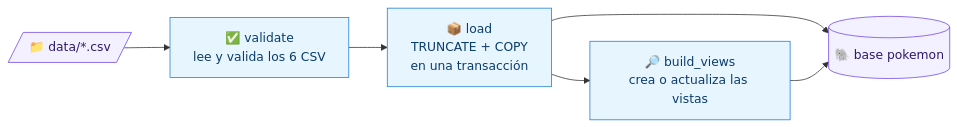
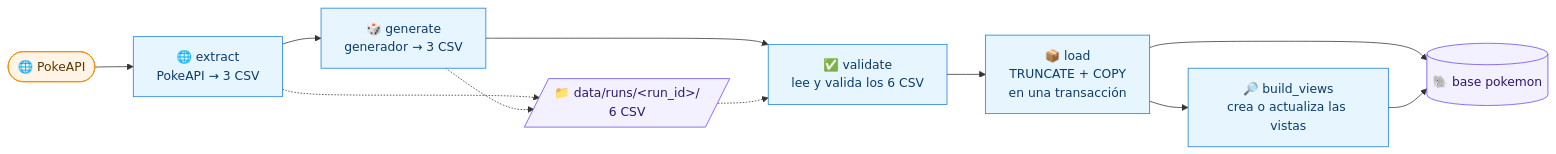
Before and after one commit to agustin-rios/pokemon: the first of 4 diagrams in README.md, drawn with Mermaid. The commit also changed other lines of this file and 9 other files, not shown here.

````diff
--- a/README.md
+++ b/README.md
@@ -122,13 +124,20 @@
 ```mermaid
 flowchart LR
-  csv[/"📁 data/*.csv"/] --> validate["✅ validate<br/>lee y valida los 6 CSV"]
+  pokeapi(["🌐 PokeAPI"]) --> extract["🌐 extract<br/>PokeAPI → 3 CSV"]
+  extract --> generate["🎲 generate<br/>generador → 3 CSV"]
+  extract -.-> csv[/"📁 data/runs/&lt;run_id&gt;/<br/>6 CSV"/]
+  generate -.-> csv
+  generate --> validate["✅ validate<br/>lee y valida los 6 CSV"]
+  csv -.-> validate
   validate --> load["📦 load<br/>TRUNCATE + COPY<br/>en una transacción"]
   load --> views["🔎 build_views<br/>crea o actualiza las vistas"]
   load --> db[("🐘 base pokemon")]
   views --> db
 
+  classDef ext fill:#fff4e6,stroke:#f08c00,color:#5c3a00
   classDef task fill:#e7f5ff,stroke:#1c7ed6,color:#0b3d6b
   classDef store fill:#f3f0ff,stroke:#7048e8,color:#2e1a6b
-  class validate,load,views task
+  class pokeapi ext
+  class extract,generate,validate,load,views task
   class csv,db store
 ```
````
